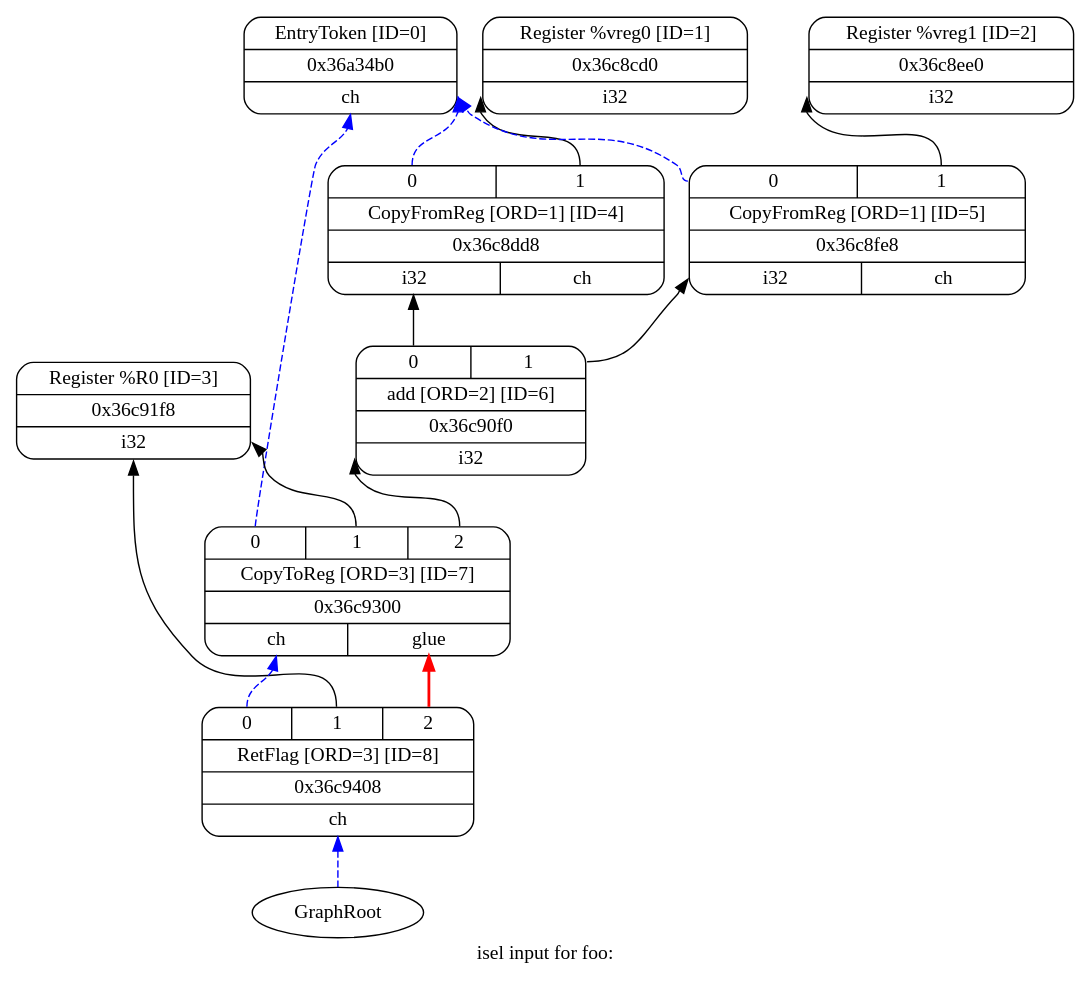
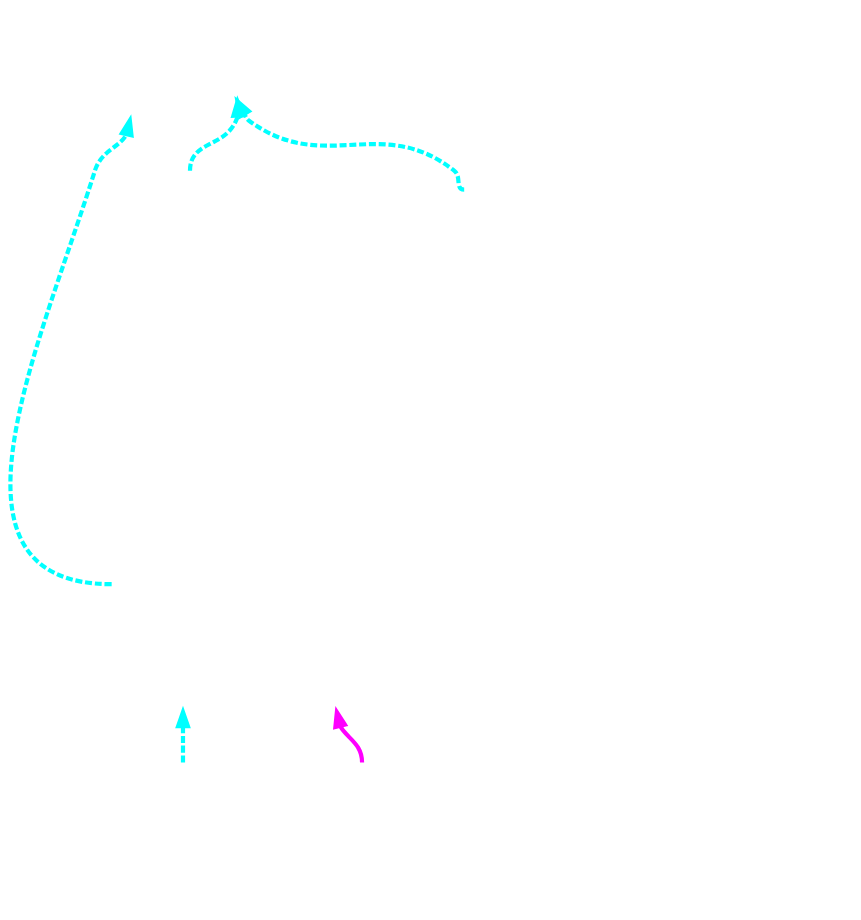
Before and after one commit to frasercrmck/llvm-leg: the diagram in docs/Codeplay/examples/ex1b/ex1b-pre-isel.dot, drawn with Graphviz. The commit also changed 16 other files, not shown here.

Commit message:
Rename example graph files.

```diff
--- a/docs/Codeplay/examples/ex1b/ex1b-pre-isel.dot
+++ b/docs/Codeplay/examples/ex1b/ex1b-pre-isel.dot
@@ -1,28 +1,26 @@
 digraph "isel input for foo:" {
 	rankdir="BT";
-	label="isel input for foo:";
+	bgcolor="transparent";
 
-	Node0x36a34b0 [shape=record,shape=Mrecord,label="{EntryToken [ID=0]|0x36a34b0|{<d0>ch}}"];
-	Node0x36c8cd0 [shape=record,shape=Mrecord,label="{Register %vreg0 [ID=1]|0x36c8cd0|{<d0>i32}}"];
-	Node0x36c8ee0 [shape=record,shape=Mrecord,label="{Register %vreg1 [ID=2]|0x36c8ee0|{<d0>i32}}"];
-	Node0x36c91f8 [shape=record,shape=Mrecord,label="{Register %R0 [ID=3]|0x36c91f8|{<d0>i32}}"];
-	Node0x36c8dd8 [shape=record,shape=Mrecord,label="{{<s0>0|<s1>1}|CopyFromReg [ORD=1] [ID=4]|0x36c8dd8|{<d0>i32|<d1>ch}}"];
-	Node0x36c8dd8:s0 -> Node0x36a34b0:d0[color=blue,style=dashed];
-	Node0x36c8dd8:s1 -> Node0x36c8cd0:d0;
-	Node0x36c8fe8 [shape=record,shape=Mrecord,label="{{<s0>0|<s1>1}|CopyFromReg [ORD=1] [ID=5]|0x36c8fe8|{<d0>i32|<d1>ch}}"];
-	Node0x36c8fe8:s0 -> Node0x36a34b0:d0[color=blue,style=dashed];
-	Node0x36c8fe8:s1 -> Node0x36c8ee0:d0;
-	Node0x36c90f0 [shape=record,shape=Mrecord,label="{{<s0>0|<s1>1}|add [ORD=2] [ID=6]|0x36c90f0|{<d0>i32}}"];
-	Node0x36c90f0:s0 -> Node0x36c8dd8:d0;
-	Node0x36c90f0:s1 -> Node0x36c8fe8:d0;
-	Node0x36c9300 [shape=record,shape=Mrecord,label="{{<s0>0|<s1>1|<s2>2}|CopyToReg [ORD=3] [ID=7]|0x36c9300|{<d0>ch|<d1>glue}}"];
-	Node0x36c9300:s0 -> Node0x36a34b0:d0[color=blue,style=dashed];
-	Node0x36c9300:s1 -> Node0x36c91f8:d0;
-	Node0x36c9300:s2 -> Node0x36c90f0:d0;
-	Node0x36c9408 [shape=record,shape=Mrecord,label="{{<s0>0|<s1>1|<s2>2}|RetFlag [ORD=3] [ID=8]|0x36c9408|{<d0>ch}}"];
-	Node0x36c9408:s0 -> Node0x36c9300:d0[color=blue,style=dashed];
-	Node0x36c9408:s1 -> Node0x36c91f8:d0;
-	Node0x36c9408:s2 -> Node0x36c9300:d1[color=red,style=bold];
-	Node0x0[ plaintext=circle, label ="GraphRoot"];
-	Node0x0 -> Node0x36c9408:d0[color=blue,style=dashed];
+	Node0x36a34b0 [shape=record,shape=Mrecord,label="{EntryToken [ID=0]|0x36a34b0|{<d0>ch}}", penwidth=3,color="white",fontname="Calibri",fontsize=16,fontcolor="white"];
+	Node0x36c8cd0 [shape=record,shape=Mrecord,label="{Register %vreg0 [ID=1]|0x36c8cd0|{<d0>i32}}", penwidth=3,color="white",fontname="Calibri",fontsize=16,fontcolor="white"];
+	Node0x36c8ee0 [shape=record,shape=Mrecord,label="{Register %vreg1 [ID=2]|0x36c8ee0|{<d0>i32}}", penwidth=3,color="white",fontname="Calibri",fontsize=16,fontcolor="white"];
+	Node0x36c91f8 [shape=record,shape=Mrecord,label="{Register %R0 [ID=3]|0x36c91f8|{<d0>i32}}", penwidth=3,color="white",fontname="Calibri",fontsize=16,fontcolor="white"];
+	Node0x36c8dd8 [shape=record,shape=Mrecord,label="{{<s0>0|<s1>1}|CopyFromReg [ORD=1] [ID=4]|0x36c8dd8|{<d0>i32|<d1>ch}}", penwidth=3,color="white",fontname="Calibri",fontsize=16,fontcolor="white"];
+	Node0x36c8dd8:s0 -> Node0x36a34b0:d0[style=dashed, penwidth=3,color="cyan",fontname="Calibri",fontsize=16,fontcolor="white"];
+	Node0x36c8dd8:s1 -> Node0x36c8cd0:d0[penwidth=3,color="white",fontname="Calibri",fontsize=16,fontcolor="white"];
+	Node0x36c8fe8 [shape=record,shape=Mrecord,label="{{<s0>0|<s1>1}|CopyFromReg [ORD=1] [ID=5]|0x36c8fe8|{<d0>i32|<d1>ch}}", penwidth=3,color="white",fontname="Calibri",fontsize=16,fontcolor="white"];
+	Node0x36c8fe8:s0 -> Node0x36a34b0:d0[style=dashed, penwidth=3,color="cyan",fontname="Calibri",fontsize=16,fontcolor="white"];
+	Node0x36c8fe8:s1 -> Node0x36c8ee0:d0[penwidth=3,color="white",fontname="Calibri",fontsize=16,fontcolor="white"];
+	Node0x36c90f0 [shape=record,shape=Mrecord,label="{{<s0>0|<s1>1}|add [ORD=2] [ID=6]|0x36c90f0|{<d0>i32}}", penwidth=3,color="white",fontname="Calibri",fontsize=16,fontcolor="white"];
+	Node0x36c90f0:s0 -> Node0x36c8dd8:d0[penwidth=3,color="white",fontname="Calibri",fontsize=16,fontcolor="white"];
+	Node0x36c90f0:s1 -> Node0x36c8fe8:d0[penwidth=3,color="white",fontname="Calibri",fontsize=16,fontcolor="white"];
+	Node0x36c9300 [shape=record,shape=Mrecord,label="{{<s0>0|<s1>2|<s2>1}|CopyToReg [ORD=3] [ID=7]|0x36c9300|{<d0>ch|<d1>glue}}", penwidth=3,color="white",fontname="Calibri",fontsize=16,fontcolor="white"];
+	Node0x36c9300:s0 -> Node0x36a34b0:d0[style=dashed, penwidth=3,color="cyan",fontname="Calibri",fontsize=16,fontcolor="white"];
+	Node0x36c9300:s2 -> Node0x36c91f8:d0[penwidth=3,color="white",fontname="Calibri",fontsize=16,fontcolor="white"];
+	Node0x36c9300:s1 -> Node0x36c90f0:d0[penwidth=3,color="white",fontname="Calibri",fontsize=16,fontcolor="white"];
+	Node0x36c9408 [shape=record,shape=Mrecord,label="{{<s0>0|<s1>1|<s2>2}|RetFlag [ORD=3] [ID=8]|0x36c9408|{<d0>ch}}", penwidth=3,color="white",fontname="Calibri",fontsize=16,fontcolor="white"];
+	Node0x36c9408:s0 -> Node0x36c9300:d0[style=dashed, penwidth=3,color="cyan",fontname="Calibri",fontsize=16,fontcolor="white"];
+	Node0x36c9408:s1 -> Node0x36c91f8:d0[penwidth=3,color="white",fontname="Calibri",fontsize=16,fontcolor="white"];
+	Node0x36c9408:s2 -> Node0x36c9300:d1[style=bold, penwidth=3,color="magenta",fontname="Calibri",fontsize=16,fontcolor="white"];
 }
```
